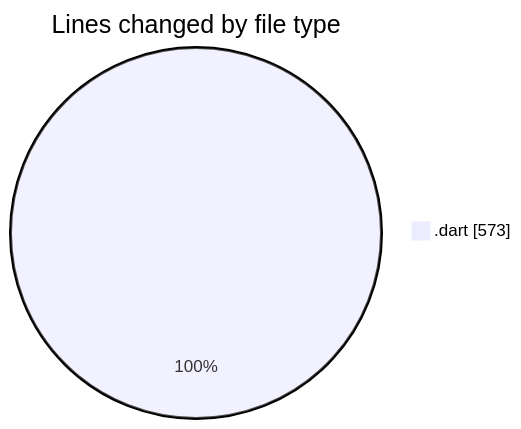
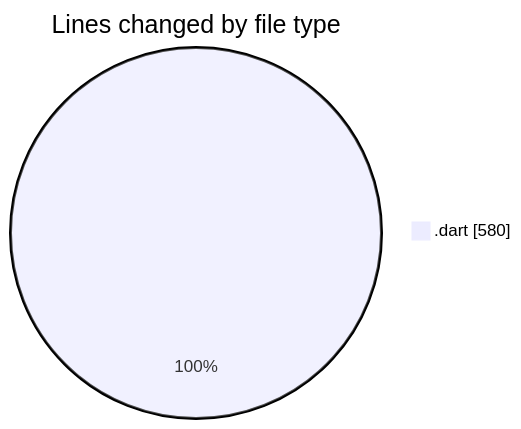
Before and after one commit to donsfak/code-tracking: the first of 2 diagrams in 2025-01-14/trackers_app/README.md, drawn with Mermaid. The commit also changed other lines of this file and 1 other file, not shown here.

````diff
--- a/2025-01-14/trackers_app/README.md
+++ b/2025-01-14/trackers_app/README.md
@@ -27,5 +28,5 @@
 ```mermaid
 pie showData
 title Lines changed by file type
-".dart" : 573
+".dart" : 580
 ```
````
